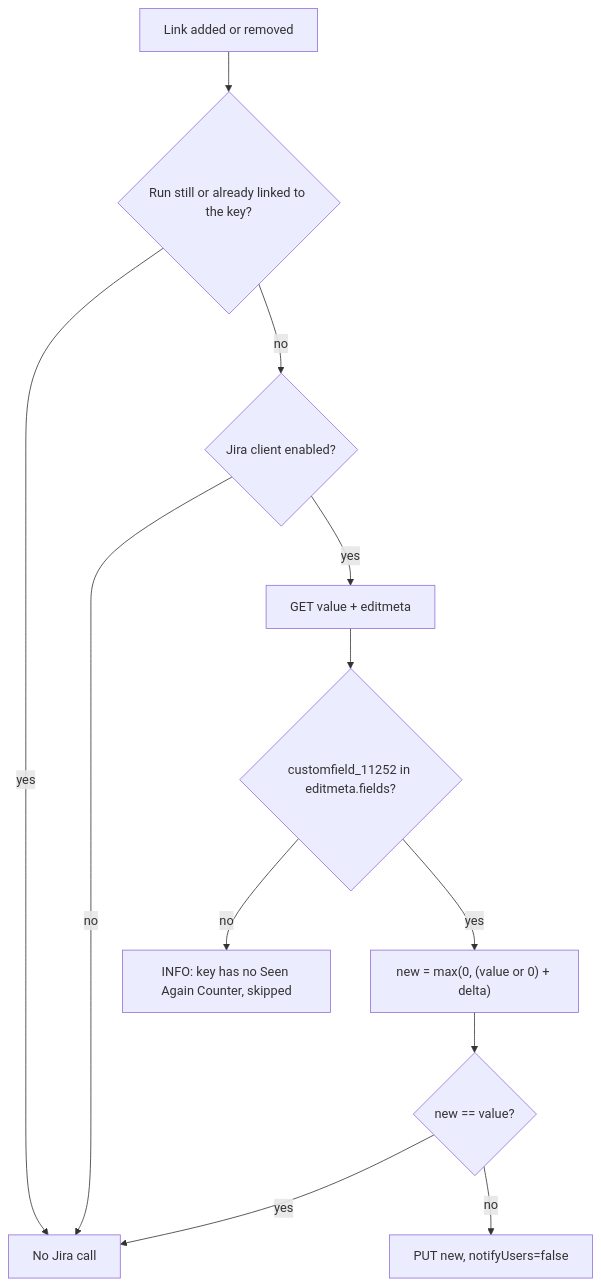
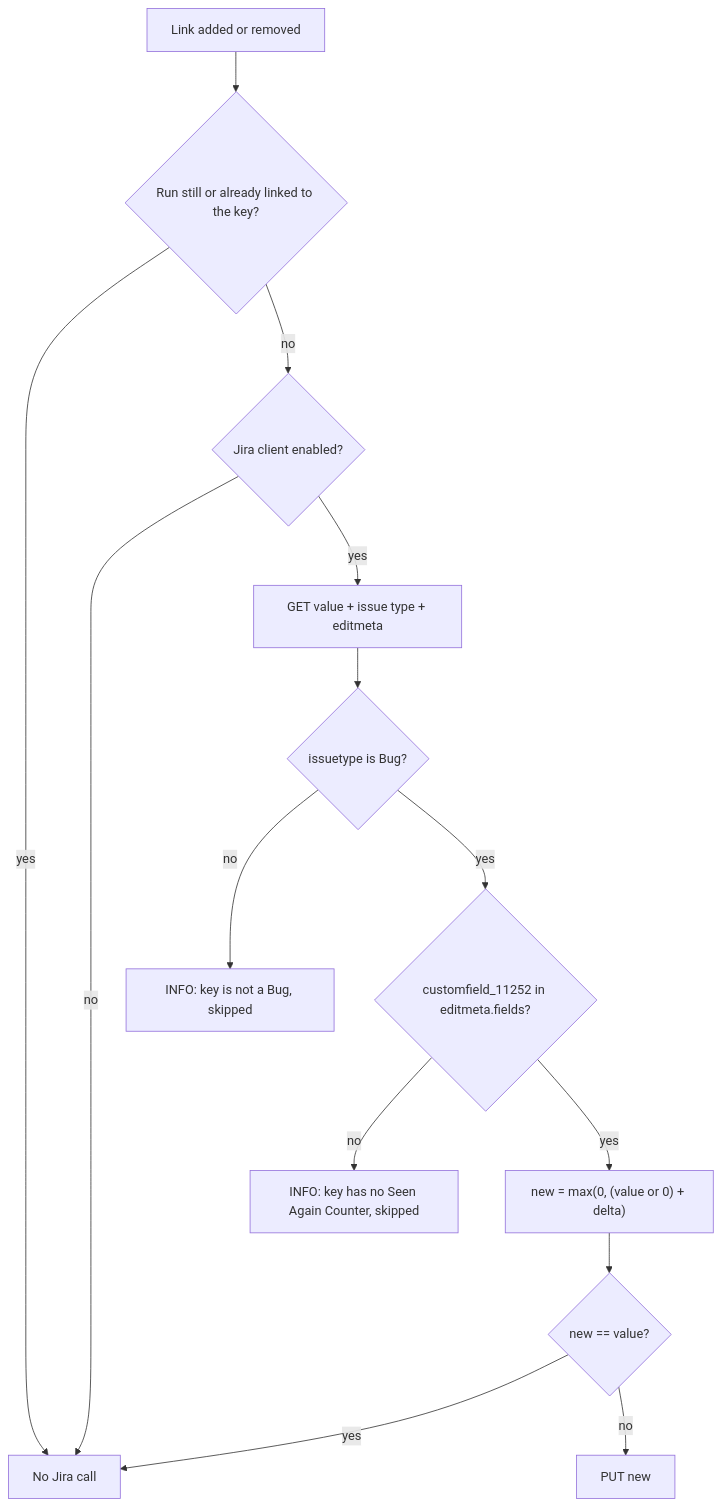
Before and after one commit to scylladb/argus: the second of 2 diagrams in tasks/ARGUS-212/spec.md, drawn with Mermaid. The commit also changed other lines of this file and 3 other files, not shown here.

````diff
--- a/tasks/ARGUS-212/spec.md
+++ b/tasks/ARGUS-212/spec.md
@@ -67,14 +71,16 @@
 ```mermaid
 flowchart TD
     A[Link added or removed] --> B{Run still or already linked to the key?}
     B -->|yes| Z[No Jira call]
     B -->|no| C{Jira client enabled?}
     C -->|no| Z
-    C -->|yes| D[GET value + editmeta]
-    D --> E{customfield_11252 in editmeta.fields?}
+    C -->|yes| D[GET value + issue type + editmeta]
+    D --> T{issuetype is Bug?}
+    T -->|no| S[INFO: key is not a Bug, skipped]
+    T -->|yes| E{customfield_11252 in editmeta.fields?}
     E -->|no| F[INFO: key has no Seen Again Counter, skipped]
     E -->|yes| G["new = max(0, (value or 0) + delta)"]
     G --> H{new == value?}
     H -->|yes| Z
-    H -->|no| I[PUT new, notifyUsers=false]
+    H -->|no| I[PUT new]
 ```
````
